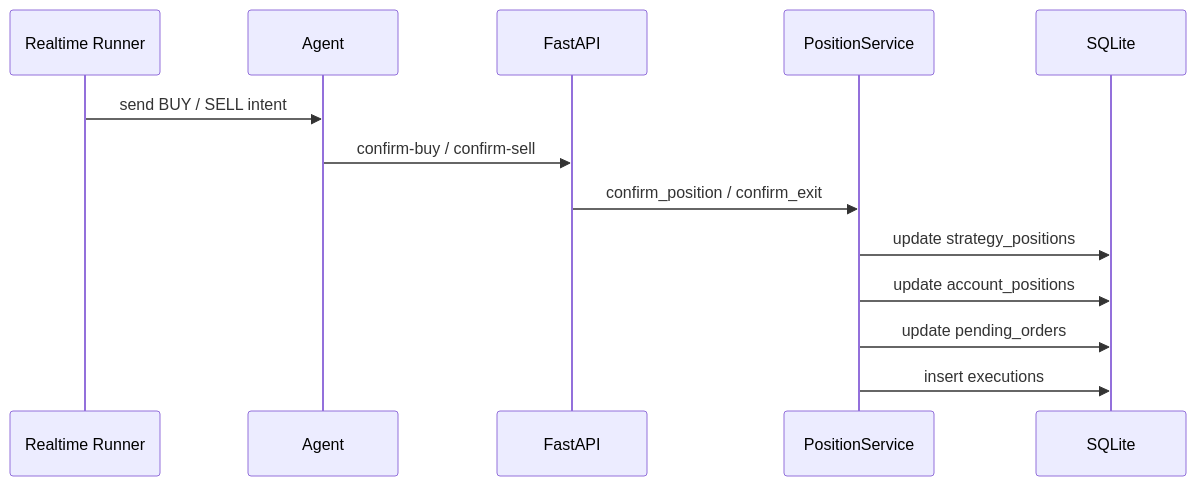
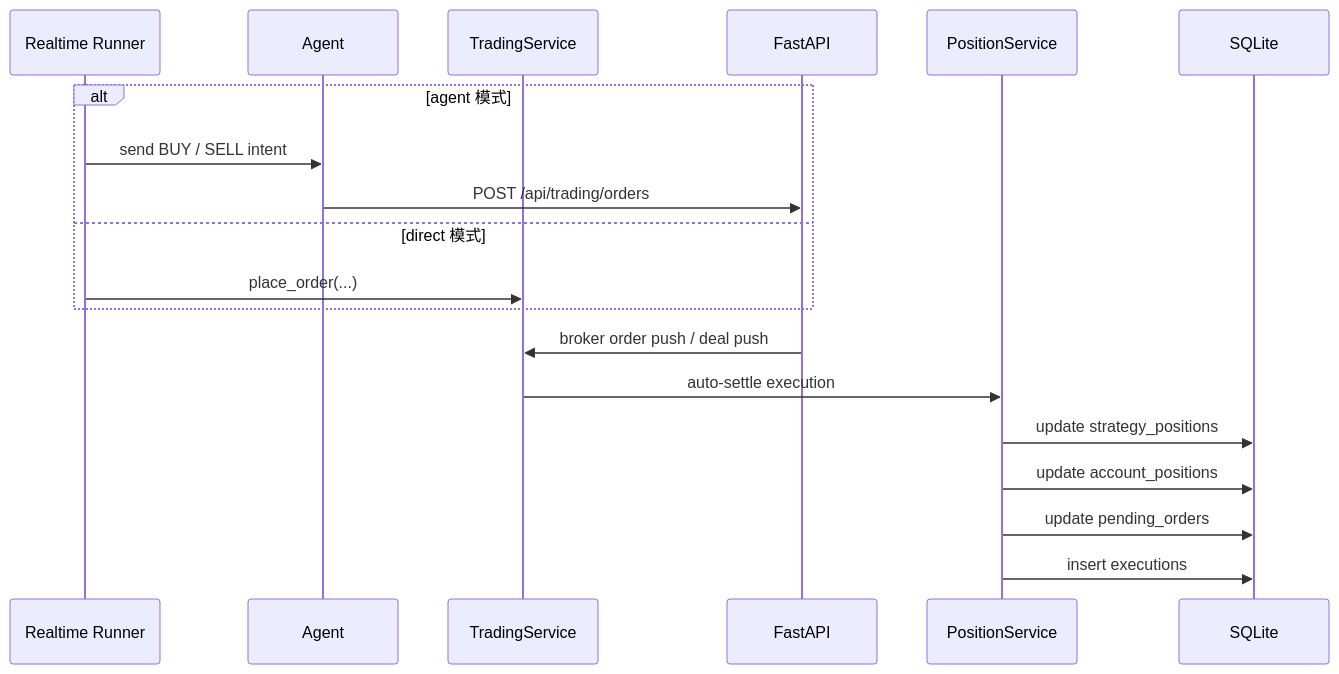
One commit to JasperLai/quant-trading-system changed the second of 4 diagrams in docs/STRATEGY_ARCHITECTURE.md. Above: the diagram before and after it, drawn with Mermaid. The commit also changed other lines of this file and 7 other files, not shown here.

Commit message:
Add direct execution mode for strategy runs

````diff
--- a/docs/STRATEGY_ARCHITECTURE.md
+++ b/docs/STRATEGY_ARCHITECTURE.md
@@ -272,16 +298,22 @@
 ```mermaid
 sequenceDiagram
     participant RT as Realtime Runner
     participant AG as Agent
+    participant TS as TradingService
     participant API as FastAPI
     participant PS as PositionService
     participant REPO as SQLite
 
-    RT->>AG: send BUY / SELL intent
-    AG->>API: confirm-buy / confirm-sell
-    API->>PS: confirm_position / confirm_exit
+    alt agent 模式
+        RT->>AG: send BUY / SELL intent
+        AG->>API: POST /api/trading/orders
+    else direct 模式
+        RT->>TS: place_order(...)
+    end
+    API->>TS: broker order push / deal push
+    TS->>PS: auto-settle execution
     PS->>REPO: update strategy_positions
     PS->>REPO: update account_positions
     PS->>REPO: update pending_orders
     PS->>REPO: insert executions
 ```
````
